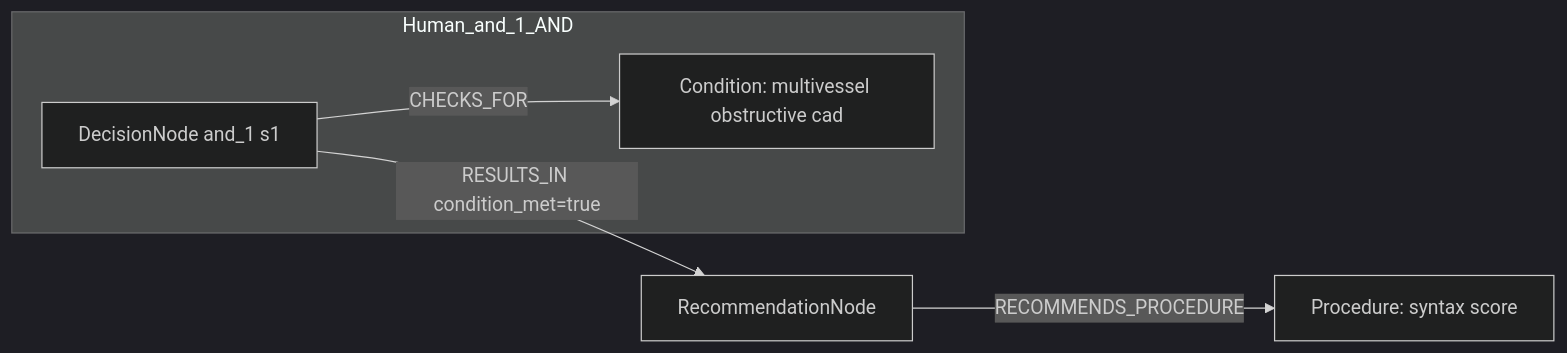
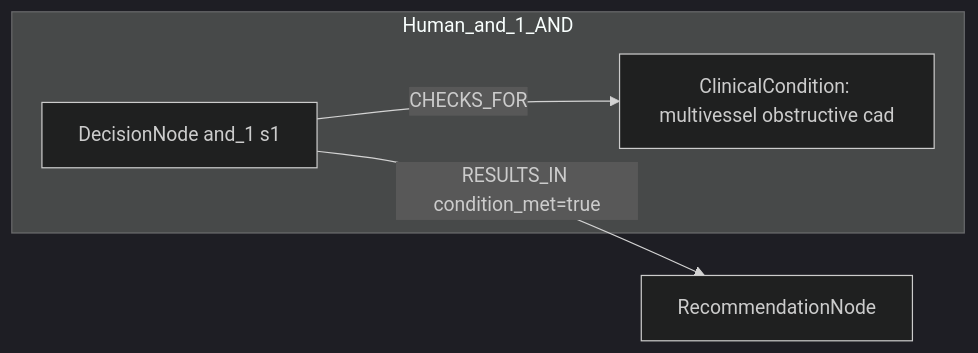
Before and after one commit to dieterich-lab/CardioGuidelinesGraph: the first of 2 diagrams in docs/table22_rows_comparison/row_15.md, drawn with Mermaid (dark theme). The commit also changed other lines of this file and 20 other files, not shown here.

````diff
--- a/docs/table22_rows_comparison/row_15.md
+++ b/docs/table22_rows_comparison/row_15.md
@@ -127,12 +101,10 @@
 ```mermaid
 graph LR
   REC[RecommendationNode]
-  ACT1[Procedure: syntax score]
-  REC -->|RECOMMENDS_PROCEDURE| ACT1
   subgraph Human_and_1_AND
     D_and_1_1[DecisionNode and_1 s1]
-    C_and_1_1[Condition: multivessel obstructive cad]
+    C_and_1_1[ClinicalCondition: multivessel obstructive cad]
     D_and_1_1 -->|CHECKS_FOR| C_and_1_1
   end
   D_and_1_1 -->|RESULTS_IN condition_met=true| REC
 ```
````
